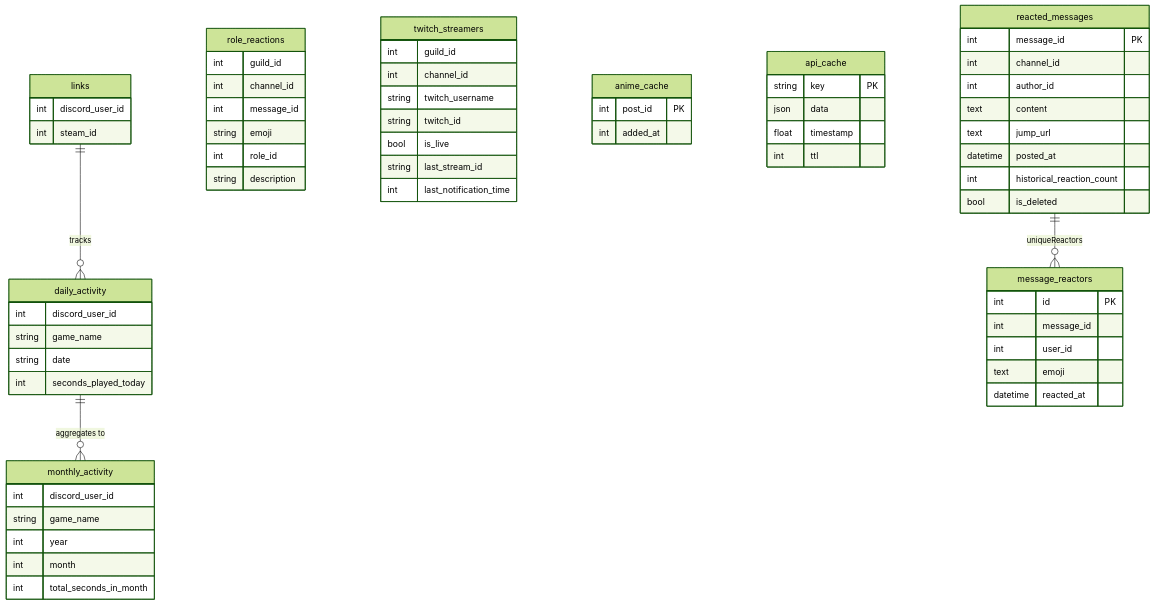
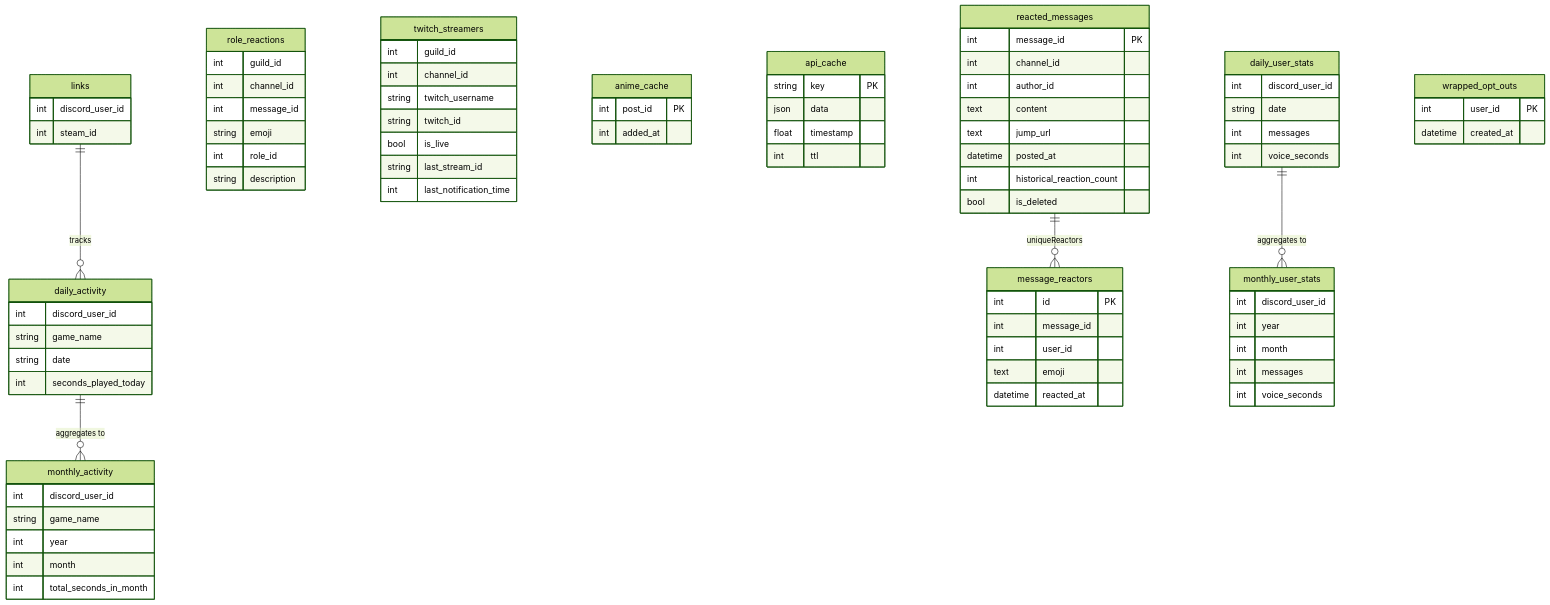
The seventh of 10 diagrams in docs/architecture.md (Twinlab/pd_bot), drawn with Mermaid (forest theme) before and after one commit. The commit also changed other lines of this file and 18 other files, not shown here.

First line of the commit message:
feat(stats): трекинг сообщений/войса и wrapped-сводки

````diff
--- a/docs/architecture.md
+++ b/docs/architecture.md
@@ -275,7 +276,28 @@
         datetime reacted_at
     }
 
+    daily_user_stats {
+        int discord_user_id
+        string date
+        int messages
+        int voice_seconds
+    }
+
+    monthly_user_stats {
+        int discord_user_id
+        int year
+        int month
+        int messages
+        int voice_seconds
+    }
+
+    wrapped_opt_outs {
+        int user_id PK
+        datetime created_at
+    }
+
     links ||--o{ daily_activity : "tracks"
     daily_activity ||--o{ monthly_activity : "aggregates to"
+    daily_user_stats ||--o{ monthly_user_stats : "aggregates to"
     reacted_messages ||--o{ message_reactors : "uniqueReactors"
 ```
````
